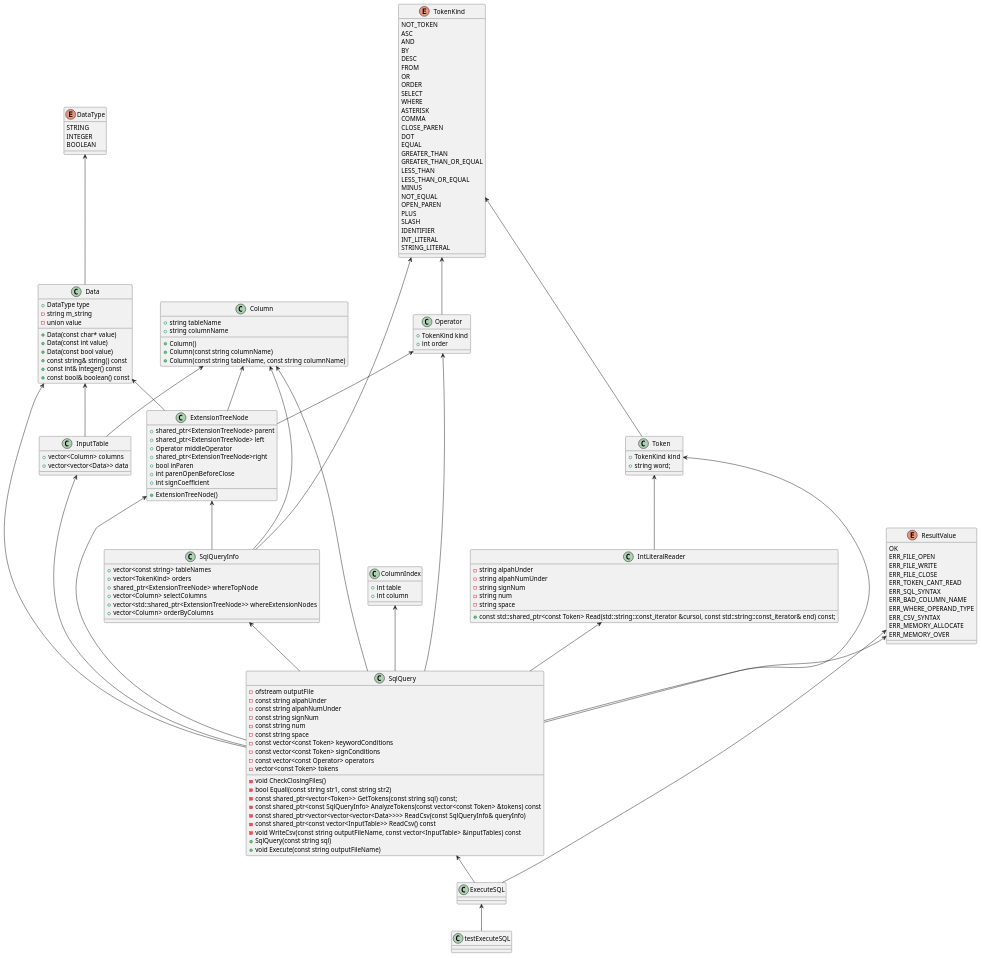
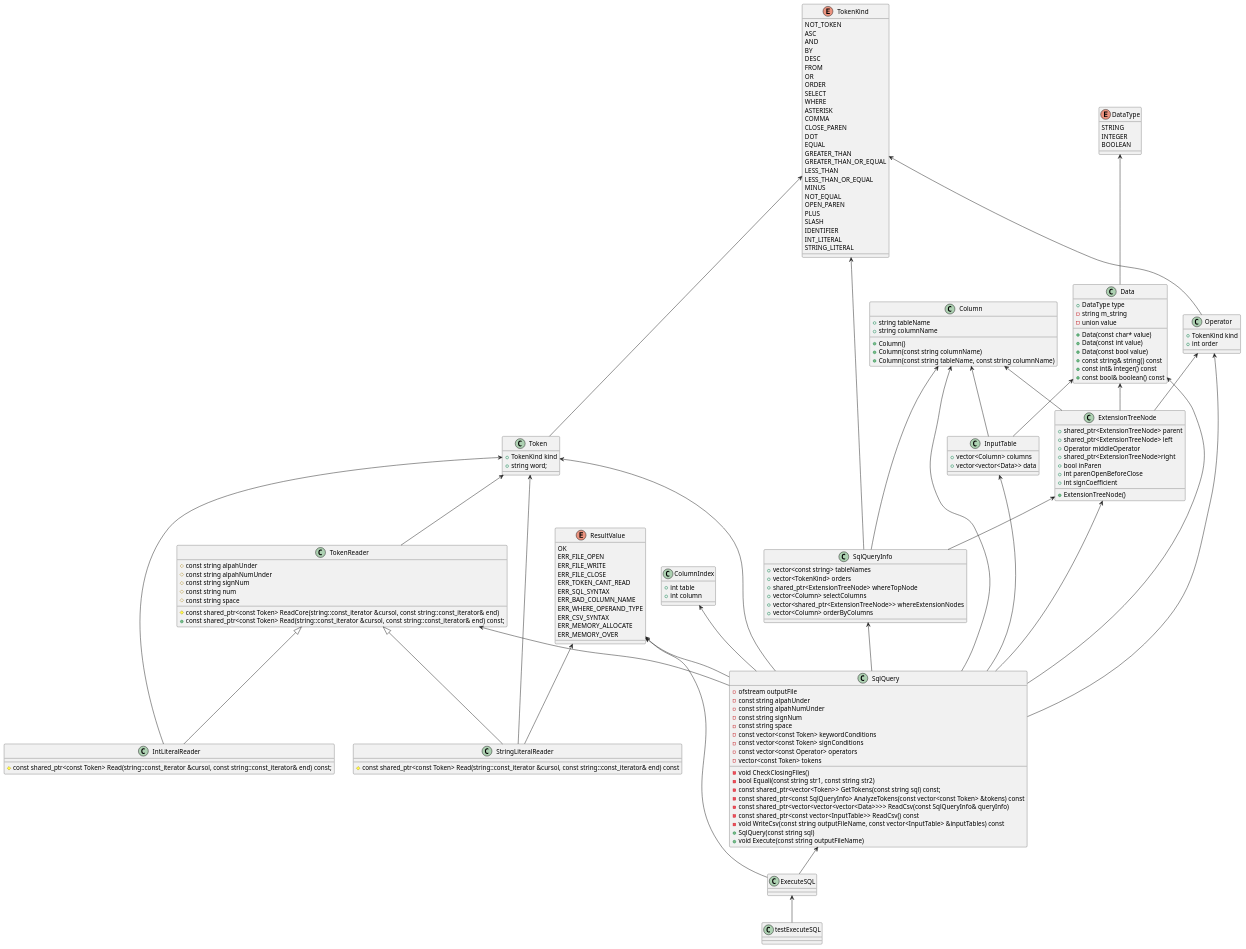
Before and after one commit to yotten/TinySQL: the diagram in ExecuteSQL.pu, drawn with PlantUML. The commit also changed 3 other files, not shown here.

```diff
--- a/ExecuteSQL.pu
+++ b/ExecuteSQL.pu
@@ -1,170 +1,183 @@
 @startuml
 
 class testExecuteSQL {}
 class SqlQueryInfo {
 	+vector<const string> tableNames
 	+vector<TokenKind> orders
 	+shared_ptr<ExtensionTreeNode> whereTopNode
 	+vector<Column> selectColumns
-	+vector<std::shared_ptr<ExtensionTreeNode>> whereExtensionNodes
+	+vector<shared_ptr<ExtensionTreeNode>> whereExtensionNodes
 	+vector<Column> orderByColumns
 }
 class SqlQuery {
 	-ofstream outputFile
 	-const string alpahUnder
 	-const string alpahNumUnder
 	-const string signNum
-	-const string num
 	-const string space
 	-const vector<const Token> keywordConditions
 	-const vector<const Token> signConditions
 	-const vector<const Operator> operators
 	-vector<const Token> tokens
 	-void CheckClosingFiles()
 	-bool Equali(const string str1, const string str2)
 	-const shared_ptr<vector<Token>> GetTokens(const string sql) const;
 	-const shared_ptr<const SqlQueryInfo> AnalyzeTokens(const vector<const Token> &tokens) const
 	-const shared_ptr<vector<vector<vector<Data>>>> ReadCsv(const SqlQueryInfo& queryInfo)
 	-const shared_ptr<const vector<InputTable>> ReadCsv() const
 	-void WriteCsv(const string outputFileName, const vector<InputTable> &inputTables) const
 	+SqlQuery(const string sql)
 	+void Execute(const string outputFileName)
 }
 class ExecuteSQL {
 	
 }
 
 class InputTable {
 	+vector<Column> columns
 	+vector<vector<Data>> data
 }
 
 class Data {
     +DataType type
 	-string m_string
 	-union value
 	+Data(const char* value)
 	+Data(const int value)
 	+Data(const bool value)
 	+const string& string() const
 	+const int& integer() const
 	+const bool& boolean() const
 }
 class Operator{
     +TokenKind kind
     +int order
 }
 class Token{
     +TokenKind kind
     +string word;
 }
 class ExtensionTreeNode{
 	+shared_ptr<ExtensionTreeNode> parent
 	+shared_ptr<ExtensionTreeNode> left
 	+Operator middleOperator
 	+shared_ptr<ExtensionTreeNode>right
 	+bool inParen
 	+int parenOpenBeforeClose
 	+int signCoefficient
 	+ExtensionTreeNode()
 }
 class ColumnIndex{
     +int table
     +int column
 }
 class Column{
     +string tableName
     +string columnName
     +Column()
     +Column(const string columnName)
     +Column(const string tableName, const string columnName)
 }
-
 class IntLiteralReader {
-	-string alpahUnder
-	-string alpahNumUnder
-	-string signNum
-	-string num
-	-string space
-	+const std::shared_ptr<const Token> Read(std::string::const_iterator &cursol, const std::string::const_iterator& end) const;
+	#const shared_ptr<const Token> Read(string::const_iterator &cursol, const string::const_iterator& end) const;
+}
+class StringLiteralReader {
+	#const shared_ptr<const Token> Read(string::const_iterator &cursol, const string::const_iterator& end) const
+}
+class TokenReader {
+    #const string alpahUnder
+	#const string alpahNumUnder
+	#const string signNum
+	#const string num
+	#const string space
+	#const shared_ptr<const Token> ReadCore(string::const_iterator &cursol, const string::const_iterator& end)
+	+const shared_ptr<const Token> Read(string::const_iterator &cursol, const string::const_iterator& end) const;
 }
 
 enum DataType{
    	STRING
 	INTEGER
 	BOOLEAN
 }
 enum TokenKind{
     NOT_TOKEN
 	ASC
 	AND
 	BY
 	DESC
 	FROM
 	OR
 	ORDER
 	SELECT
 	WHERE
 	ASTERISK
 	COMMA
 	CLOSE_PAREN
 	DOT
 	EQUAL
 	GREATER_THAN
 	GREATER_THAN_OR_EQUAL
 	LESS_THAN
 	LESS_THAN_OR_EQUAL
 	MINUS
 	NOT_EQUAL
 	OPEN_PAREN
 	PLUS
 	SLASH
 	IDENTIFIER
 	INT_LITERAL
 	STRING_LITERAL
 }
 enum ResultValue{
     OK
 	ERR_FILE_OPEN
 	ERR_FILE_WRITE
 	ERR_FILE_CLOSE
 	ERR_TOKEN_CANT_READ
 	ERR_SQL_SYNTAX
 	ERR_BAD_COLUMN_NAME
 	ERR_WHERE_OPERAND_TYPE
 	ERR_CSV_SYNTAX
 	ERR_MEMORY_ALLOCATE
 	ERR_MEMORY_OVER
 }
 
 ExecuteSQL <-- testExecuteSQL
 SqlQuery <-- ExecuteSQL
 ResultValue <-- ExecuteSQL
 
 Data <-- SqlQuery
 Operator <-- SqlQuery
 Token <-- SqlQuery
 ExtensionTreeNode <-- SqlQuery
 ColumnIndex <-- SqlQuery
 Column <-- SqlQuery
 ResultValue <-- SqlQuery
 SqlQueryInfo <-- SqlQuery
 InputTable <-- SqlQuery
-IntLiteralReader <-- SqlQuery
+'IntLiteralReader <-- SqlQuery
+'StringLiteralReader <-- SqlQuery
+TokenReader <-- SqlQuery
 
 Token <-- IntLiteralReader
+Token <-- StringLiteralReader
+Token <-- TokenReader
+ResultValue <-- StringLiteralReader
+
+TokenReader <|-- IntLiteralReader
+TokenReader <|-- StringLiteralReader
 
 Column <-- InputTable
 Data <-- InputTable
 
 Column <-- SqlQueryInfo
 TokenKind <-- SqlQueryInfo
 ExtensionTreeNode <-- SqlQueryInfo
 
 DataType <-- Data
 TokenKind <-- Token
 TokenKind <-- Operator
 Operator <-- ExtensionTreeNode
 Column <-- ExtensionTreeNode
 Data <-- ExtensionTreeNode
 @enduml
```
